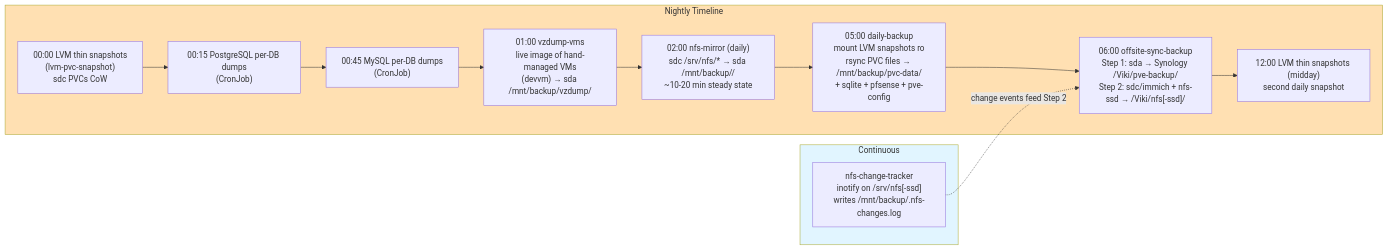
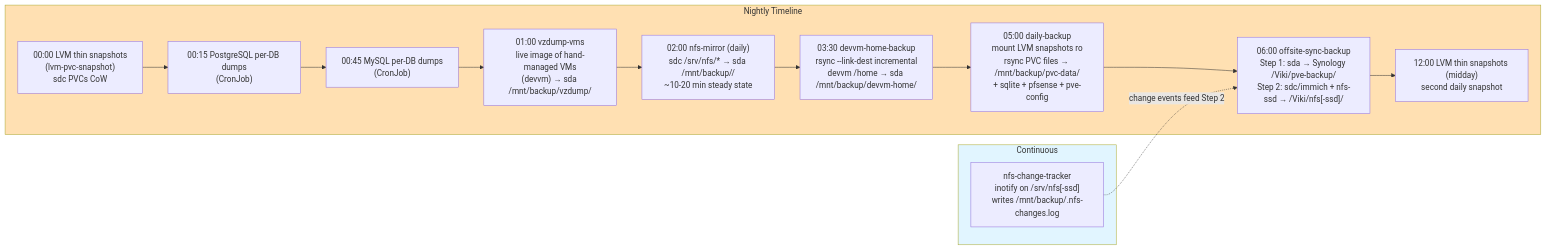
One commit to ViktorBarzin/infra changed the third of 6 diagrams in docs/architecture/backup-dr.md. Above: the diagram before and after it, drawn with Mermaid. The commit also changed other lines of this file and 4 other files, not shown here.

````diff
--- a/docs/architecture/backup-dr.md
+++ b/docs/architecture/backup-dr.md
@@ -211,23 +211,24 @@
 ```mermaid
 graph LR
     subgraph Continuous["Continuous"]
         INO["nfs-change-tracker<br/>inotify on /srv/nfs[-ssd]<br/>writes /mnt/backup/.nfs-changes.log"]
     end
 
     subgraph Nightly["Nightly Timeline"]
         T0000["00:00 LVM thin snapshots<br/>(lvm-pvc-snapshot)<br/>sdc PVCs CoW"]
         T0015["00:15 PostgreSQL per-DB dumps<br/>(CronJob)"]
         T0045["00:45 MySQL per-DB dumps<br/>(CronJob)"]
         T0100["01:00 vzdump-vms<br/>live image of hand-managed VMs<br/>(devvm) → sda /mnt/backup/vzdump/"]
         T0200["02:00 nfs-mirror (daily)<br/>sdc /srv/nfs/* → sda /mnt/backup/<svc>/<br/>~10-20 min steady state"]
+        T0330["03:30 devvm-home-backup<br/>rsync --link-dest incremental<br/>devvm /home → sda /mnt/backup/devvm-home/"]
         T0500["05:00 daily-backup<br/>mount LVM snapshots ro<br/>rsync PVC files → /mnt/backup/pvc-data/<br/>+ sqlite + pfsense + pve-config"]
         T0600["06:00 offsite-sync-backup<br/>Step 1: sda → Synology /Viki/pve-backup/<br/>Step 2: sdc/immich + nfs-ssd → /Viki/nfs[-ssd]/"]
         T1200["12:00 LVM thin snapshots (midday)<br/>second daily snapshot"]
     end
 
-    T0000 --> T0015 --> T0045 --> T0100 --> T0200 --> T0500 --> T0600 --> T1200
+    T0000 --> T0015 --> T0045 --> T0100 --> T0200 --> T0330 --> T0500 --> T0600 --> T1200
     INO -.->|change events feed Step 2| T0600
 
     style Nightly fill:#ffe0b2
     style Continuous fill:#e1f5ff
 ```
````
